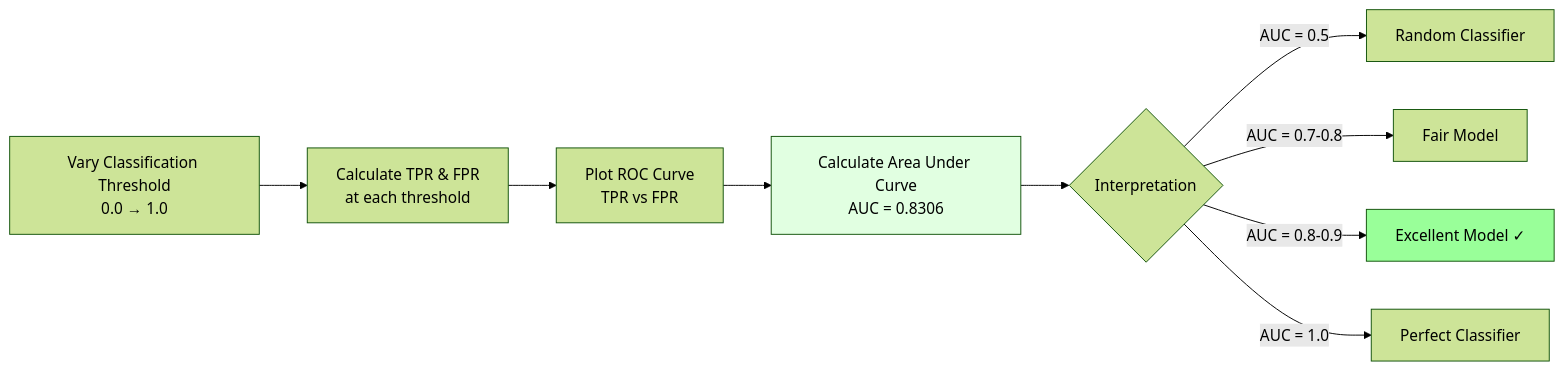
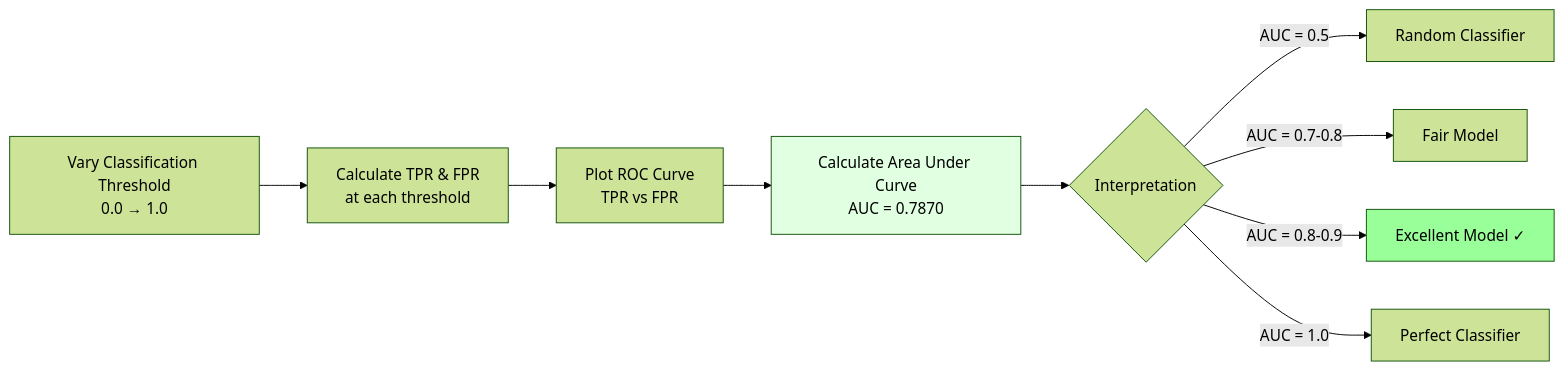
One commit to SAMI-CODEAI/Diabeties changed diagram 12 of 14 in NOTES/PROJECT_METHODOLOGY.md. Above: the diagram before and after it, drawn with Mermaid (forest theme). The commit also changed other lines of this file and 22 other files, not shown here.

Commit message:
reasearch,flowchart,notes-update-current version-18/03/2026

````diff
--- a/NOTES/PROJECT_METHODOLOGY.md
+++ b/NOTES/PROJECT_METHODOLOGY.md
@@ -1110,15 +1110,15 @@
 ```mermaid
 graph LR
     A[Vary Classification Threshold<br/>0.0 → 1.0] --> B[Calculate TPR & FPR<br/>at each threshold]
     B --> C[Plot ROC Curve<br/>TPR vs FPR]
-    C --> D[Calculate Area Under Curve<br/>AUC = 0.8306]
+    C --> D[Calculate Area Under Curve<br/>AUC = 0.7870]
     
     D --> E{Interpretation}
     E -->|AUC = 0.5| F[Random Classifier]
     E -->|AUC = 0.7-0.8| G[Fair Model]
     E -->|AUC = 0.8-0.9| H[Excellent Model ✓]
     E -->|AUC = 1.0| I[Perfect Classifier]
     
     style D fill:#e1ffe1
     style H fill:#99ff99
 ```
````
